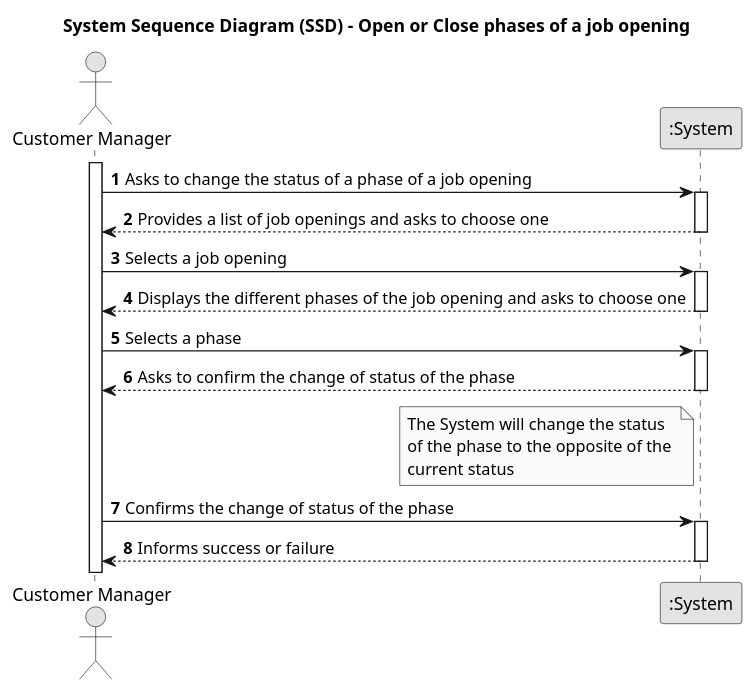
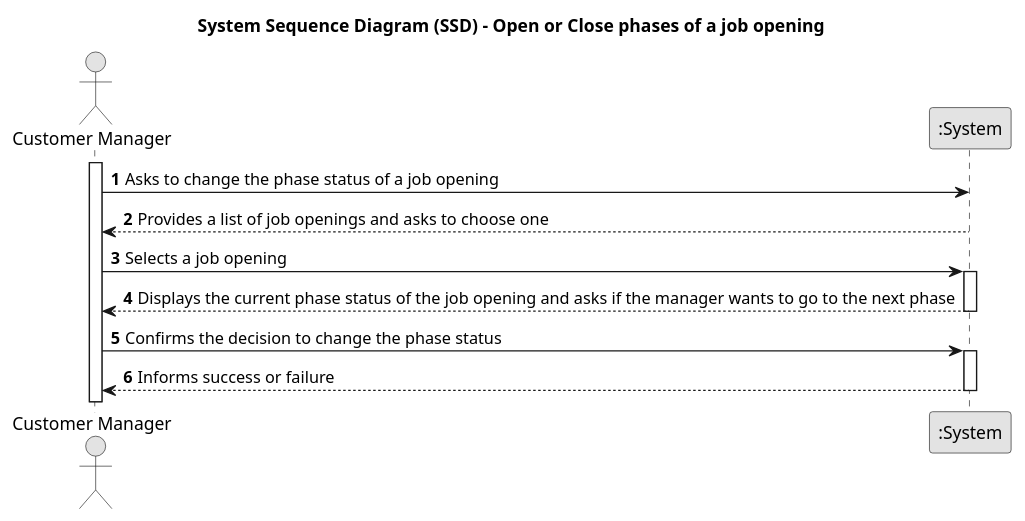
The diagram in docs/sprintc/us_1010/01.requirements-engineering/puml/SSD-US1010.puml (PureNimble/ISEP-LAPR4), drawn with PlantUML before and after one commit. The commit also changed 3 other files, not shown here.

```diff
--- a/docs/sprintc/us_1010/01.requirements-engineering/puml/SSD-US1010.puml
+++ b/docs/sprintc/us_1010/01.requirements-engineering/puml/SSD-US1010.puml
@@ -1,45 +1,35 @@
 @startuml
 skinparam monochrome true
 skinparam packageStyle rectangle
 skinparam shadowing false
 
 title System Sequence Diagram (SSD) - Open or Close phases of a job opening
 
 autonumber
 
 actor "Customer Manager" as Manager
 participant ":System" as System
 
 activate Manager
 
-    Manager -> System : Asks to change the status of a phase of a job opening
-    activate System
+    Manager -> System : Asks to change the phase status of a job opening
 
         System --> Manager : Provides a list of job openings and asks to choose one
 
     deactivate System
 
     Manager -> System : Selects a job opening
     activate System
 
-        System --> Manager : Displays the different phases of the job opening and asks to choose one
+        System --> Manager : Displays the current phase status of the job opening and asks if the manager wants to go to the next phase
 
     deactivate System
 
-    Manager -> System : Selects a phase
-    activate System
-
-        System --> Manager : Asks to confirm the change of status of the phase
-        note left System : The System will change the status \nof the phase to the opposite of the \ncurrent status
-
-
-    deactivate System
-
-    Manager -> System : Confirms the change of status of the phase
+    Manager -> System : Confirms the decision to change the phase status
     activate System
 
         System --> Manager : Informs success or failure
 
     deactivate System
 
 @enduml
```
